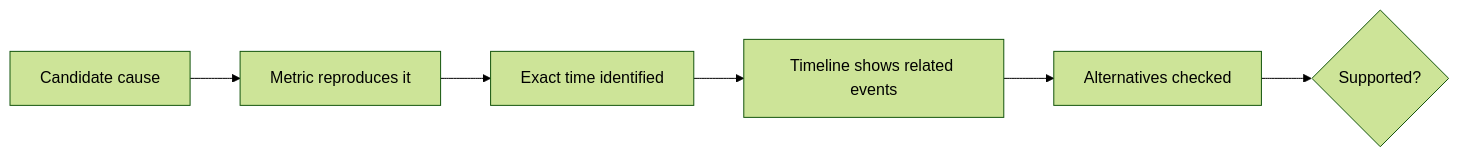
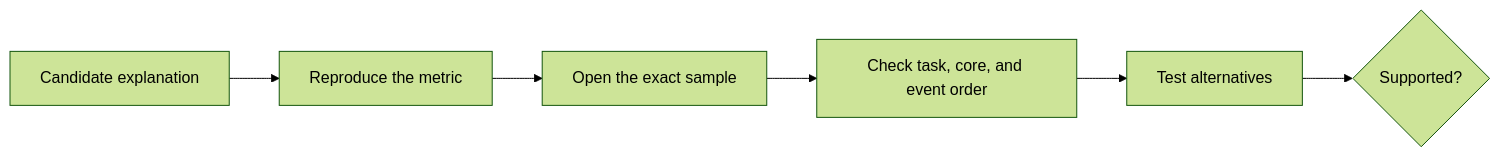
One commit to kuopinghsu/FreeRTOS-BTF-Trace changed the fifth of 6 diagrams in BTFViewer/WORKFLOWS.md. Above: the diagram before and after it, drawn with Mermaid (forest theme). The commit also changed other lines of this file and 112 other files, not shown here.

````diff
--- a/BTFViewer/WORKFLOWS.md
+++ b/BTFViewer/WORKFLOWS.md
@@ -214,8 +381,8 @@
 ```mermaid
 flowchart LR
-  claim["Candidate cause"] --> metric["Metric reproduces it"]
-  metric --> time["Exact time identified"]
-  time --> events["Timeline shows related events"]
-  events --> alternative["Alternatives checked"]
-  alternative --> verdict{"Supported?"}
+  claim["Candidate explanation"] --> metric["Reproduce the metric"]
+  metric --> time["Open the exact sample"]
+  time --> events["Check task, core, and event order"]
+  events --> alternatives["Test alternatives"]
+  alternatives --> verdict{"Supported?"}
 ```
````
